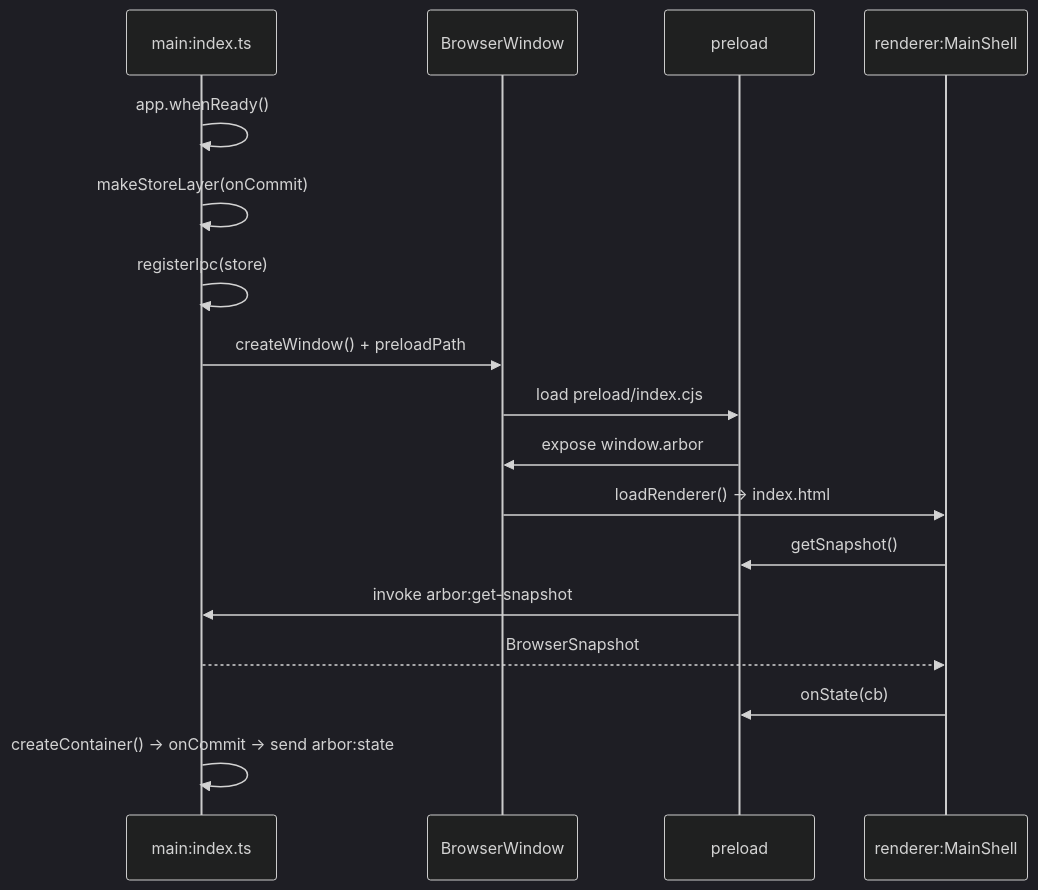
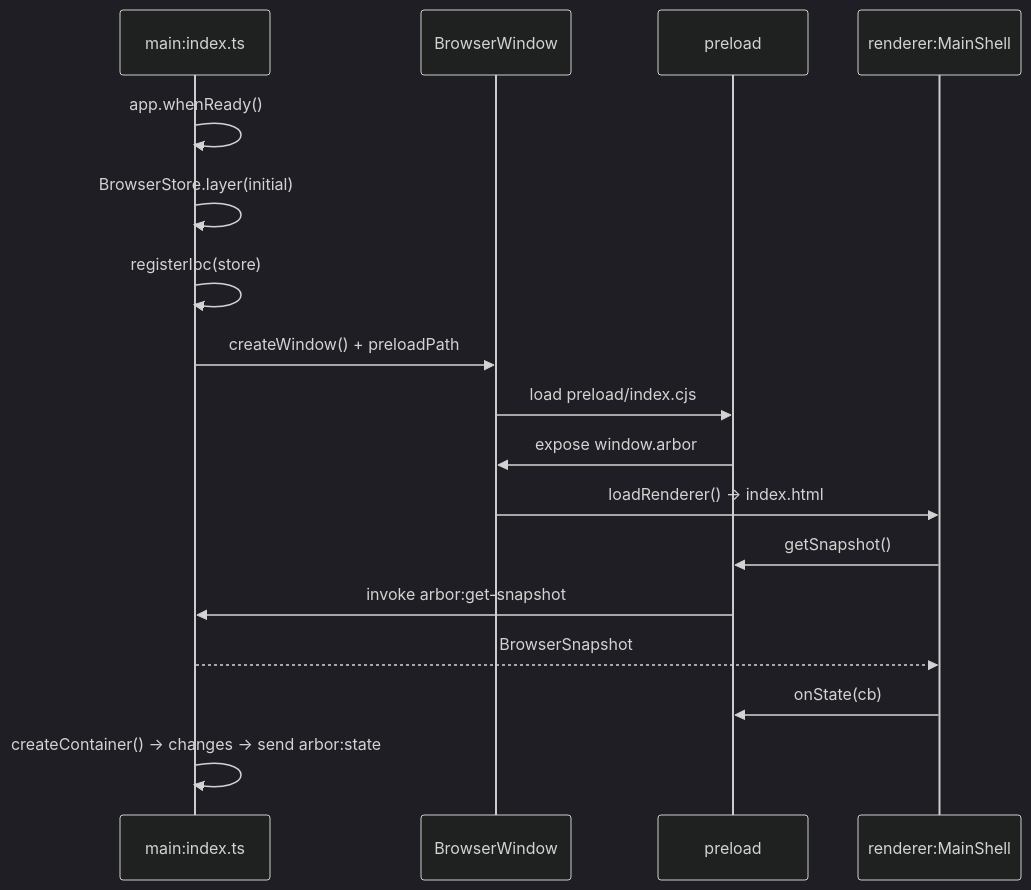
The second of 2 diagrams in docs/architecture/01-processes.md (rom100main/arbor), drawn with Mermaid (dark theme) before and after one commit. The commit also changed 3 other files, not shown here.

Commit message:
docs(architecture): ops no longer throw, use effect on store, adapt the rest of code on effect

````diff
--- a/docs/architecture/01-processes.md
+++ b/docs/architecture/01-processes.md
@@ -110,19 +110,19 @@
 ```mermaid
 sequenceDiagram
     participant M as main:index.ts
     participant W as BrowserWindow
     participant P as preload
     participant R as renderer:MainShell
     M->>M: app.whenReady()
-    M->>M: makeStoreLayer(onCommit)
+    M->>M: BrowserStore.layer(initial)
     M->>M: registerIpc(store)
     M->>W: createWindow() + preloadPath
     W->>P: load preload/index.cjs
     P->>W: expose window.arbor
     W->>R: loadRenderer() -> index.html
     R->>P: getSnapshot()
     P->>M: invoke arbor:get-snapshot
     M-->>R: BrowserSnapshot
     R->>P: onState(cb)
-    M->>M: createContainer() -> onCommit -> send arbor:state
+    M->>M: createContainer() -> changes -> send arbor:state
 ```
````
